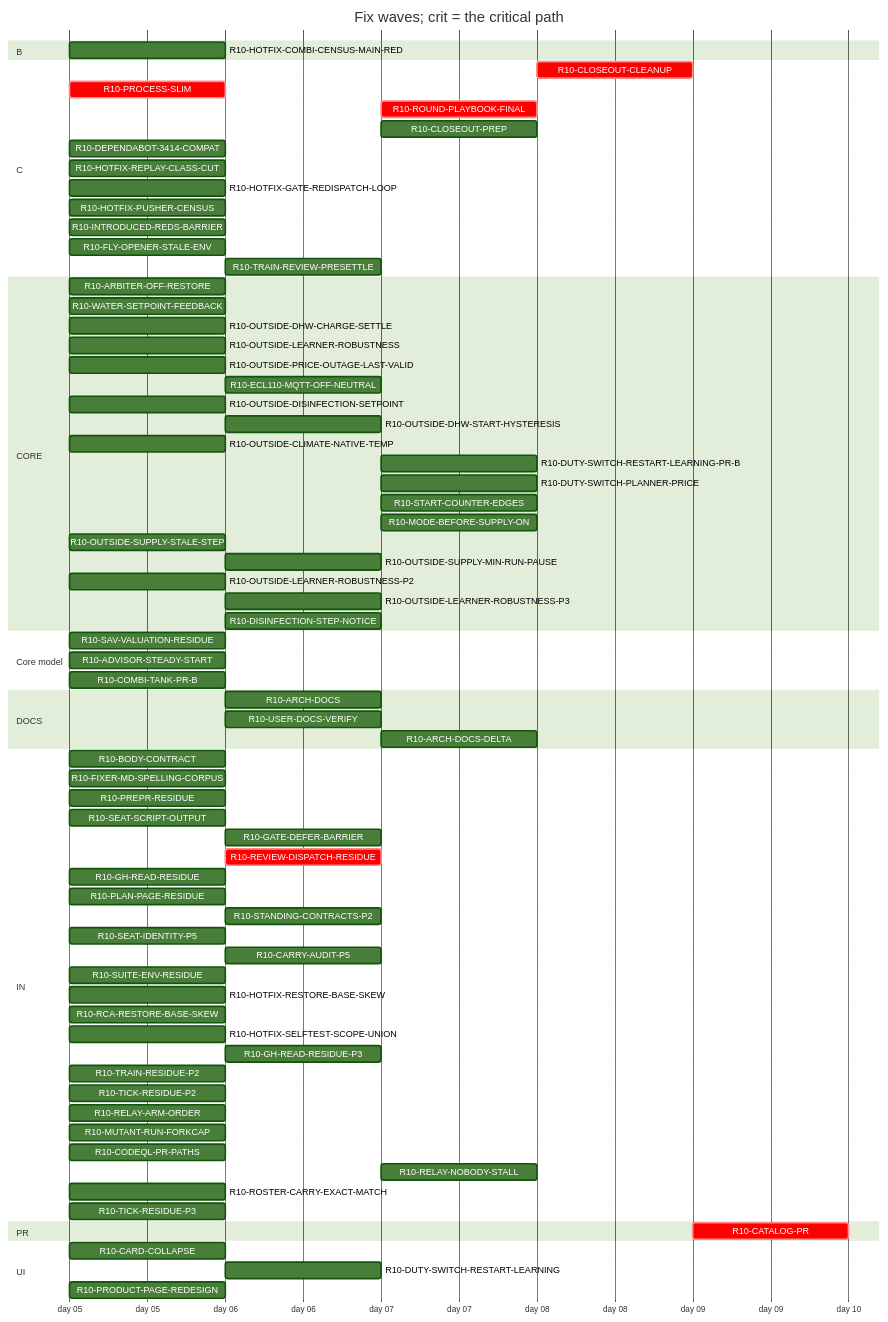
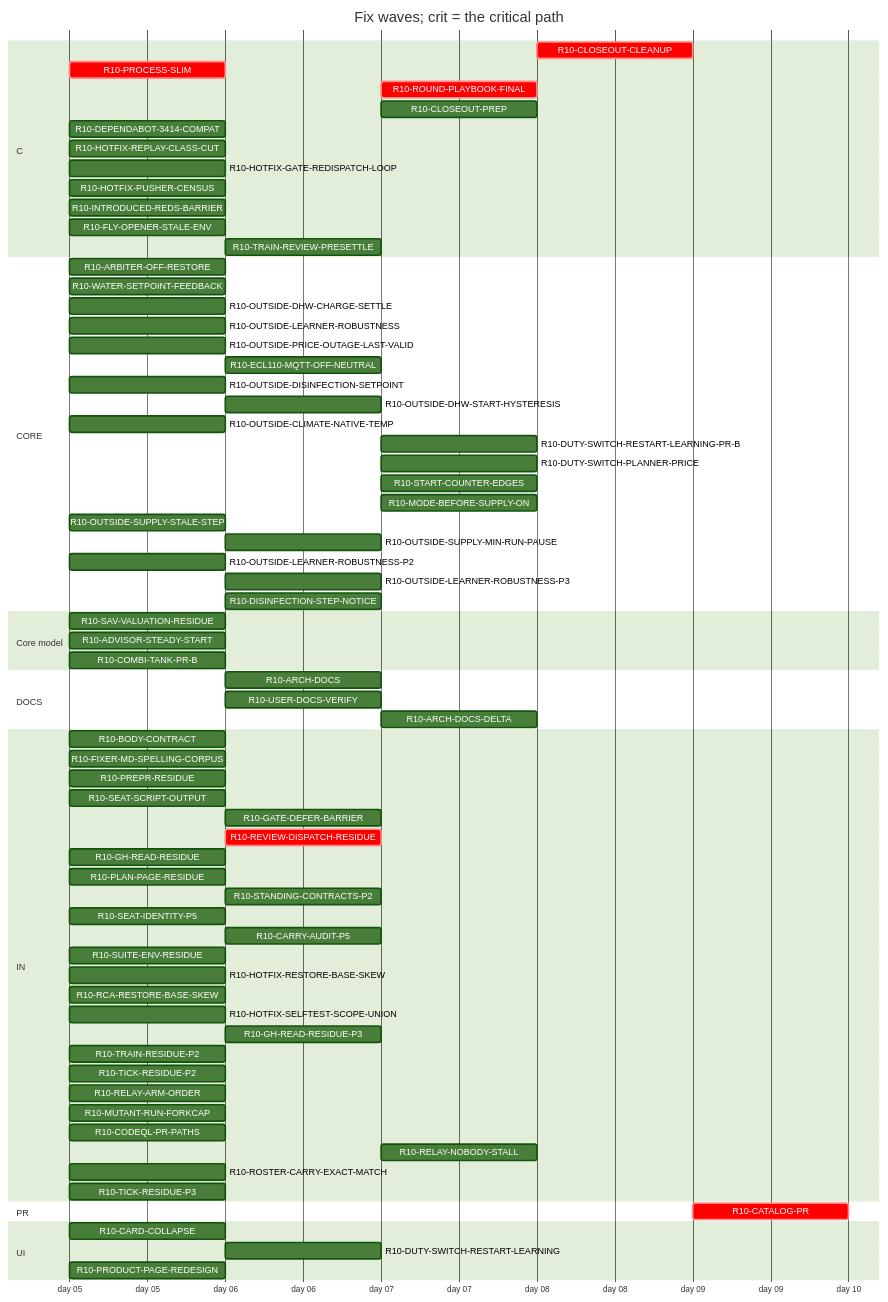
Before and after one commit to tvofi/heatpump_optimizer: the diagram in handoff/round10/state/PLAN-TABLE.md, drawn with Mermaid (forest theme). The commit also changed other lines of this file and 3 other files, not shown here.

Commit message:
state: FLOW-BOARD.md, NEXT-SESSION-PROMPT.md, PLAN-TABLE.md, RESUME-CURRENT.md regenerated (state_docs.py)

````diff
--- a/handoff/round10/state/PLAN-TABLE.md
+++ b/handoff/round10/state/PLAN-TABLE.md
@@ -21,78 +20,76 @@
 ```mermaid
 gantt
   title Fix waves; crit = the critical path
   dateFormat YYYY-MM-DD
   axisFormat day %d
-  section B
-    R10-HOTFIX-COMBI-CENSUS-MAIN-RED :r10HOTFIXCOMBICENSUSMAINRED, 2026-01-05, 1d
   section C
     R10-CLOSEOUT-CLEANUP :crit, r10CLOSEOUTCLEANUP, after r10ARCHDOCS r10USERDOCSVERIFY r10ROUNDPLAYBOOKFINAL r10CLOSEOUTPREP r10ARCHDOCSDELTA, 1d
     R10-PROCESS-SLIM :crit, r10PROCESSSLIM, 2026-01-05, 1d
     R10-ROUND-PLAYBOOK-FINAL :crit, r10ROUNDPLAYBOOKFINAL, after r10BODYCONTRACT r10PROCESSSLIM r10FIXERMDSPELLINGCORPUS r10PREPRRESIDUE r10SEATSCRIPTOUTPUT r10REVIEWDISPATCHRESIDUE r10CARRYAUDITP5 r10SEATIDENTITYP5 r10STANDINGCONTRACTSP2 r10PLANPAGERESIDUE r10GHREADRESIDUE r10SUITEENVRESIDUE r10GATEDEFERBARRIER, 1d
     R10-CLOSEOUT-PREP :r10CLOSEOUTPREP, after r10ARCHDOCS r10BODYCONTRACT r10PROCESSSLIM r10FIXERMDSPELLINGCORPUS r10PREPRRESIDUE r10SEATSCRIPTOUTPUT r10REVIEWDISPATCHRESIDUE r10CARRYAUDITP5 r10SEATIDENTITYP5 r10STANDINGCONTRACTSP2 r10PLANPAGERESIDUE r10GHREADRESIDUE r10SUITEENVRESIDUE r10GATEDEFERBARRIER, 1d
     R10-DEPENDABOT-3414-COMPAT :r10DEPENDABOT3414COMPAT, 2026-01-05, 1d
     R10-HOTFIX-REPLAY-CLASS-CUT :r10HOTFIXREPLAYCLASSCUT, 2026-01-05, 1d
     R10-HOTFIX-GATE-REDISPATCH-LOOP :r10HOTFIXGATEREDISPATCHLOOP, 2026-01-05, 1d
     R10-HOTFIX-PUSHER-CENSUS :r10HOTFIXPUSHERCENSUS, 2026-01-05, 1d
     R10-INTRODUCED-REDS-BARRIER :r10INTRODUCEDREDSBARRIER, 2026-01-05, 1d
     R10-FLY-OPENER-STALE-ENV :r10FLYOPENERSTALEENV, 2026-01-05, 1d
     R10-TRAIN-REVIEW-PRESETTLE :r10TRAINREVIEWPRESETTLE, after r10TRAINRESIDUEP2, 1d
   section CORE
     R10-ARBITER-OFF-RESTORE :r10ARBITEROFFRESTORE, 2026-01-05, 1d
     R10-WATER-SETPOINT-FEEDBACK :r10WATERSETPOINTFEEDBACK, 2026-01-05, 1d
     R10-OUTSIDE-DHW-CHARGE-SETTLE :r10OUTSIDEDHWCHARGESETTLE, 2026-01-05, 1d
     R10-OUTSIDE-LEARNER-ROBUSTNESS :r10OUTSIDELEARNERROBUSTNESS, 2026-01-05, 1d
     R10-OUTSIDE-PRICE-OUTAGE-LAST-VALID :r10OUTSIDEPRICEOUTAGELASTVALID, 2026-01-05, 1d
     R10-ECL110-MQTT-OFF-NEUTRAL :r10ECL110MQTTOFFNEUTRAL, after r10ARBITEROFFRESTORE, 1d
     R10-OUTSIDE-DISINFECTION-SETPOINT :r10OUTSIDEDISINFECTIONSETPOINT, 2026-01-05, 1d
     R10-OUTSIDE-DHW-START-HYSTERESIS :r10OUTSIDEDHWSTARTHYSTERESIS, after r10OUTSIDEDISINFECTIONSETPOINT, 1d
     R10-OUTSIDE-CLIMATE-NATIVE-TEMP :r10OUTSIDECLIMATENATIVETEMP, 2026-01-05, 1d
     R10-DUTY-SWITCH-RESTART-LEARNING-PR-B :r10DUTYSWITCHRESTARTLEARNINGPRB, after r10DUTYSWITCHRESTARTLEARNING, 1d
     R10-DUTY-SWITCH-PLANNER-PRICE :r10DUTYSWITCHPLANNERPRICE, after r10DUTYSWITCHRESTARTLEARNING, 1d
     R10-START-COUNTER-EDGES :r10STARTCOUNTEREDGES, after r10DUTYSWITCHRESTARTLEARNING, 1d
     R10-MODE-BEFORE-SUPPLY-ON :r10MODEBEFORESUPPLYON, after r10DUTYSWITCHRESTARTLEARNING, 1d
     R10-OUTSIDE-SUPPLY-STALE-STEP :r10OUTSIDESUPPLYSTALESTEP, 2026-01-05, 1d
     R10-OUTSIDE-SUPPLY-MIN-RUN-PAUSE :r10OUTSIDESUPPLYMINRUNPAUSE, after r10OUTSIDESUPPLYSTALESTEP, 1d
     R10-OUTSIDE-LEARNER-ROBUSTNESS-P2 :r10OUTSIDELEARNERROBUSTNESSP2, 2026-01-05, 1d
     R10-OUTSIDE-LEARNER-ROBUSTNESS-P3 :r10OUTSIDELEARNERROBUSTNESSP3, after r10OUTSIDELEARNERROBUSTNESS r10OUTSIDELEARNERROBUSTNESSP2, 1d
     R10-DISINFECTION-STEP-NOTICE :r10DISINFECTIONSTEPNOTICE, after r10OUTSIDEDISINFECTIONSETPOINT, 1d
   section Core model
     R10-SAV-VALUATION-RESIDUE :r10SAVVALUATIONRESIDUE, 2026-01-05, 1d
     R10-ADVISOR-STEADY-START :r10ADVISORSTEADYSTART, 2026-01-05, 1d
     R10-COMBI-TANK-PR-B :r10COMBITANKPRB, 2026-01-05, 1d
   section DOCS
     R10-ARCH-DOCS :r10ARCHDOCS, after r10BODYCONTRACT r10PROCESSSLIM, 1d
     R10-USER-DOCS-VERIFY :r10USERDOCSVERIFY, after r10ARBITEROFFRESTORE r10PRODUCTPAGEREDESIGN, 1d
     R10-ARCH-DOCS-DELTA :r10ARCHDOCSDELTA, after r10ARCHDOCS r10ARBITEROFFRESTORE r10SAVVALUATIONRESIDUE r10ADVISORSTEADYSTART r10COMBITANKPRB, 1d
   section IN
     R10-BODY-CONTRACT :r10BODYCONTRACT, 2026-01-05, 1d
     R10-FIXER-MD-SPELLING-CORPUS :r10FIXERMDSPELLINGCORPUS, 2026-01-05, 1d
     R10-PREPR-RESIDUE :r10PREPRRESIDUE, 2026-01-05, 1d
     R10-SEAT-SCRIPT-OUTPUT :r10SEATSCRIPTOUTPUT, 2026-01-05, 1d
     R10-GATE-DEFER-BARRIER :r10GATEDEFERBARRIER, after r10HOTFIXGATEREDISPATCHLOOP, 1d
     R10-REVIEW-DISPATCH-RESIDUE :crit, r10REVIEWDISPATCHRESIDUE, after r10PROCESSSLIM, 1d
     R10-GH-READ-RESIDUE :r10GHREADRESIDUE, 2026-01-05, 1d
     R10-PLAN-PAGE-RESIDUE :r10PLANPAGERESIDUE, 2026-01-05, 1d
     R10-STANDING-CONTRACTS-P2 :r10STANDINGCONTRACTSP2, after r10FIXERMDSPELLINGCORPUS, 1d
     R10-SEAT-IDENTITY-P5 :r10SEATIDENTITYP5, 2026-01-05, 1d
     R10-CARRY-AUDIT-P5 :r10CARRYAUDITP5, after r10BODYCONTRACT, 1d
     R10-SUITE-ENV-RESIDUE :r10SUITEENVRESIDUE, 2026-01-05, 1d
     R10-HOTFIX-RESTORE-BASE-SKEW :r10HOTFIXRESTOREBASESKEW, 2026-01-05, 1d
     R10-RCA-RESTORE-BASE-SKEW :r10RCARESTOREBASESKEW, 2026-01-05, 1d
     R10-HOTFIX-SELFTEST-SCOPE-UNION :r10HOTFIXSELFTESTSCOPEUNION, 2026-01-05, 1d
     R10-GH-READ-RESIDUE-P3 :r10GHREADRESIDUEP3, after r10GHREADRESIDUE, 1d
     R10-TRAIN-RESIDUE-P2 :r10TRAINRESIDUEP2, 2026-01-05, 1d
     R10-TICK-RESIDUE-P2 :r10TICKRESIDUEP2, 2026-01-05, 1d
     R10-RELAY-ARM-ORDER :r10RELAYARMORDER, 2026-01-05, 1d
     R10-MUTANT-RUN-FORKCAP :r10MUTANTRUNFORKCAP, 2026-01-05, 1d
     R10-CODEQL-PR-PATHS :r10CODEQLPRPATHS, 2026-01-05, 1d
     R10-RELAY-NOBODY-STALL :r10RELAYNOBODYSTALL, after r10RELAYARMORDER r10REVIEWDISPATCHRESIDUE, 1d
     R10-ROSTER-CARRY-EXACT-MATCH :r10ROSTERCARRYEXACTMATCH, 2026-01-05, 1d
     R10-TICK-RESIDUE-P3 :r10TICKRESIDUEP3, 2026-01-05, 1d
   section PR
     R10-CATALOG-PR :crit, r10CATALOGPR, after r10USERDOCSVERIFY r10ARCHDOCS r10ROUNDPLAYBOOKFINAL r10CLOSEOUTCLEANUP r10CLOSEOUTPREP r10ARCHDOCSDELTA, 1d
   section UI
     R10-CARD-COLLAPSE :r10CARDCOLLAPSE, 2026-01-05, 1d
     R10-DUTY-SWITCH-RESTART-LEARNING :r10DUTYSWITCHRESTARTLEARNING, after r10WATERSETPOINTFEEDBACK, 1d
     R10-PRODUCT-PAGE-REDESIGN :r10PRODUCTPAGEREDESIGN, 2026-01-05, 1d
 ```
````
